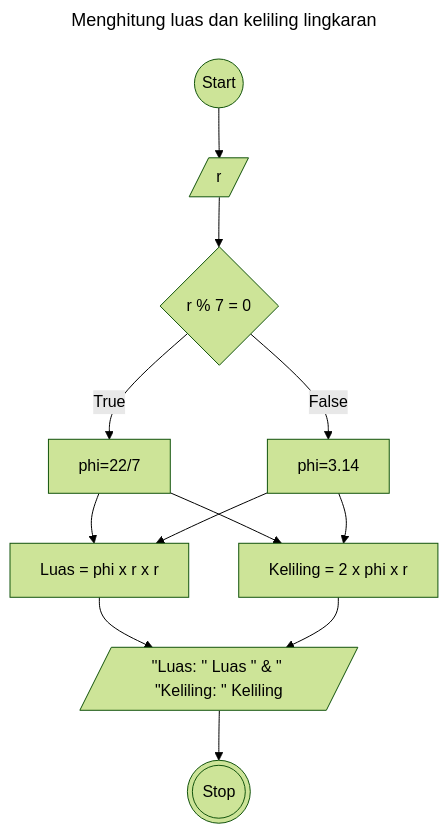
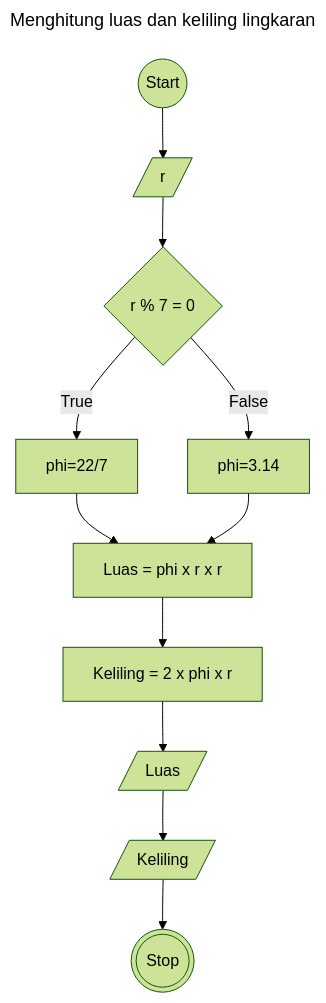
One commit to ItsnaMaulanaHasan/koda-b4-algoritma changed the diagram in minitask5-flowchart.md. Above: the diagram before and after it, drawn with Mermaid (forest theme).

````diff
--- a/minitask5-flowchart.md
+++ b/minitask5-flowchart.md
@@ -3,21 +3,26 @@
 ```mermaid
 ---
     title: Menghitung luas dan keliling lingkaran
 ---
 flowchart TD
     id1((Start))
     id2[/r/]
     id1 --> id2
     id3{r % 7 = 0}
     id2 --> id3
     id4[phi=22/7]
     id5[phi=3.14]
     id3 -- True --> id4
     id3 -- False --> id5
     id6[Luas = phi x r x r]
     id7[Keliling = 2 x phi x r]
-    id4 & id5 --> id6 & id7 --> id8
-    id8[/''Luas: '' Luas " & " "Keliling: " Keliling/]
-    id9(((Stop)))
+    id4 & id5 --> id6
+    id6 --> id7
+    id8[/Luas/]
+    id9[/Keliling/]
+    id7 --> id8
     id8 --> id9
+    id10(((Stop)))
+    id9 --> id10
+    
 ```
````
